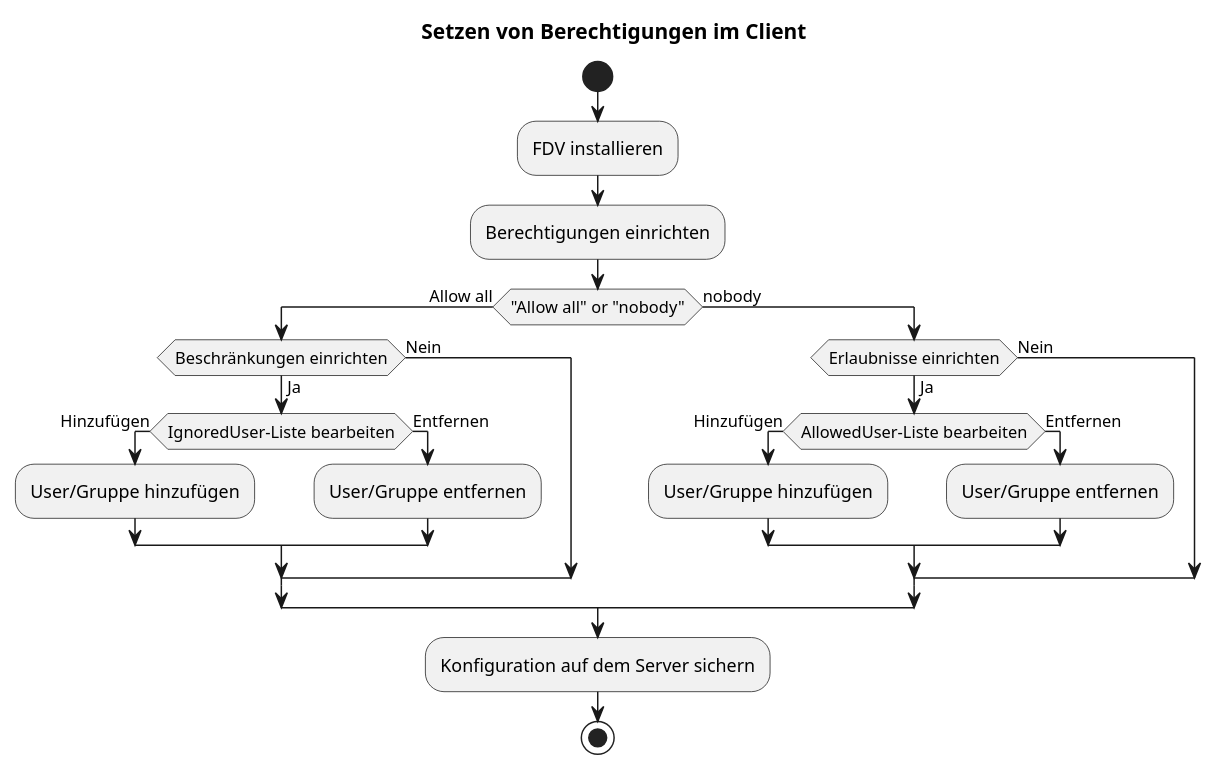
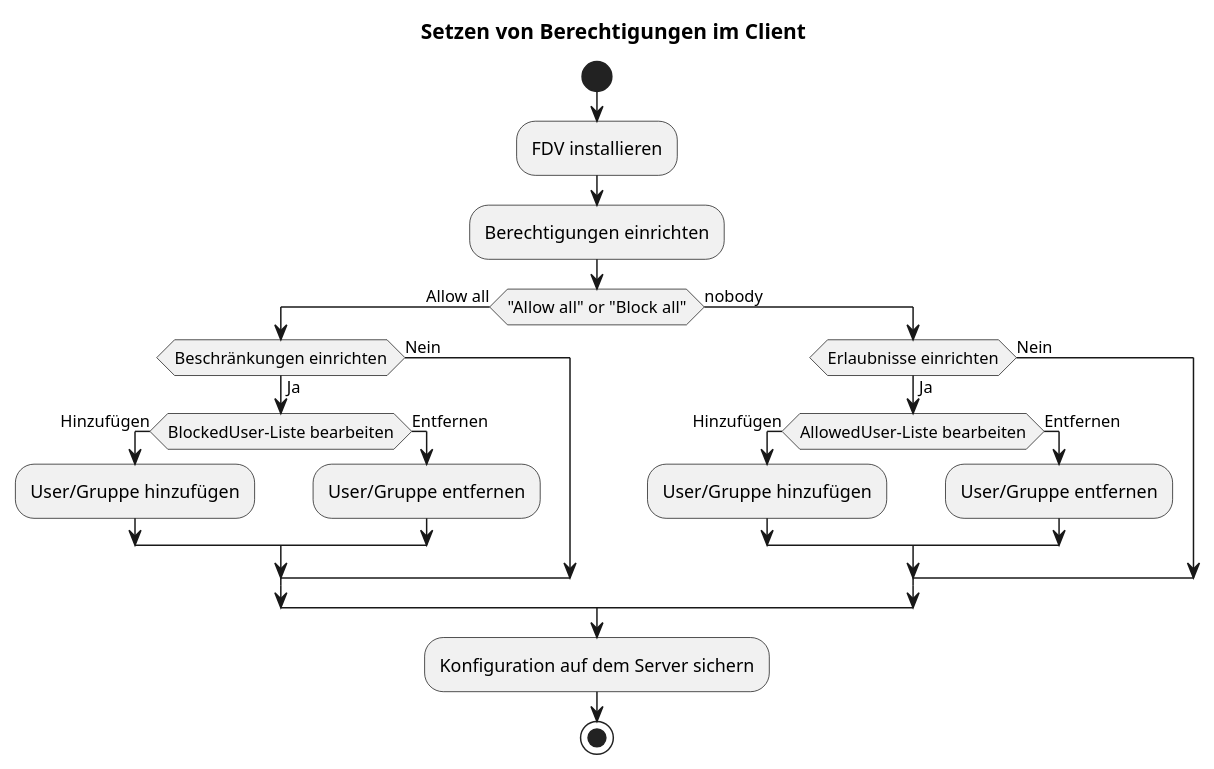
One commit to gematik/api-ti-messenger changed the diagram in src/plantuml/TI-Messenger-Client/Berechtigungen_setzen.puml. Above: the diagram before and after it, drawn with PlantUML.

Commit message:
removed nobody

```diff
--- a/src/plantuml/TI-Messenger-Client/Berechtigungen_setzen.puml
+++ b/src/plantuml/TI-Messenger-Client/Berechtigungen_setzen.puml
@@ -1,30 +1,30 @@
 @startuml
 title Setzen von Berechtigungen im Client
 skinparam ConditionEndStyle hline
 start
 :FDV installieren;
 :Berechtigungen einrichten;
 
-if ("Allow all" or "nobody") then (Allow all)
+if ("Allow all" or "Block all") then (Allow all)
   if(Beschränkungen einrichten) then (Ja)
-    if(IgnoredUser-Liste bearbeiten) then (Hinzufügen)
+    if(BlockedUser-Liste bearbeiten) then (Hinzufügen)
     :User/Gruppe hinzufügen;
     else (Entfernen)
     :User/Gruppe entfernen;
     endif
   else(Nein)
   endif
 else (nobody)
   if(Erlaubnisse einrichten) then (Ja)
     if(AllowedUser-Liste bearbeiten) then (Hinzufügen)
     :User/Gruppe hinzufügen;
     else (Entfernen)
     :User/Gruppe entfernen;
     endif
   else(Nein)
   endif
 endif
 :Konfiguration auf dem Server sichern;
 stop
 
 @enduml
```
